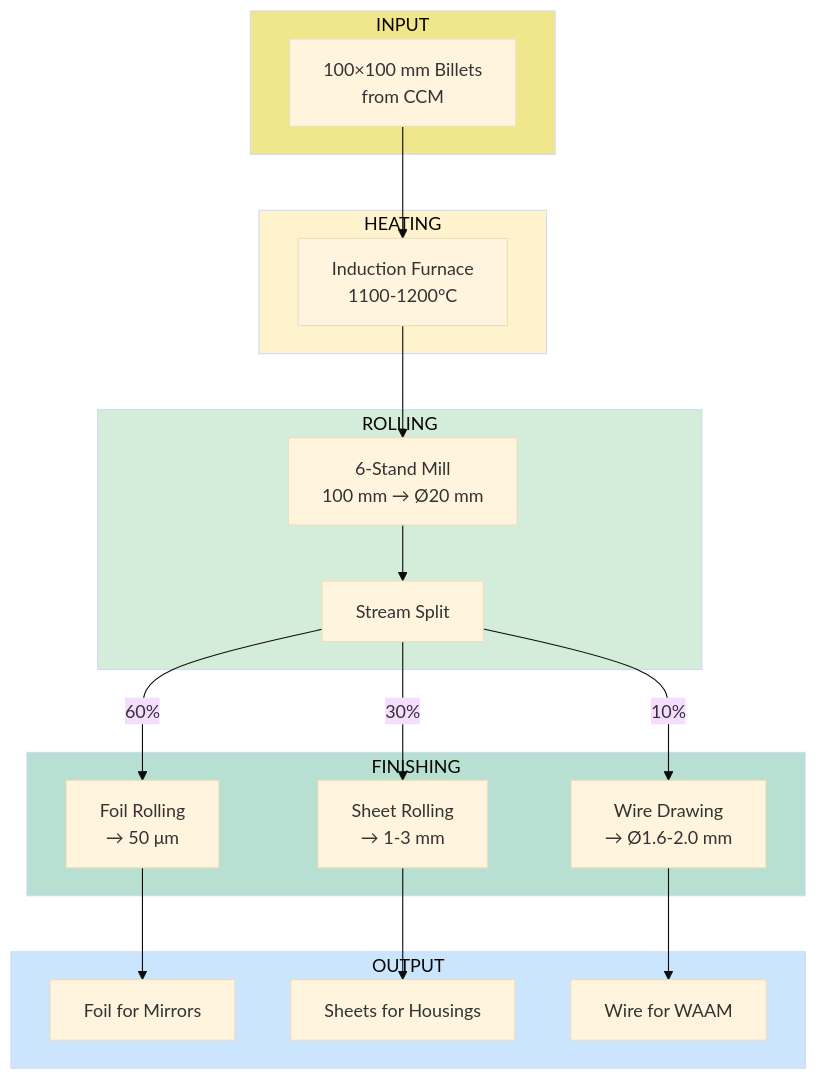
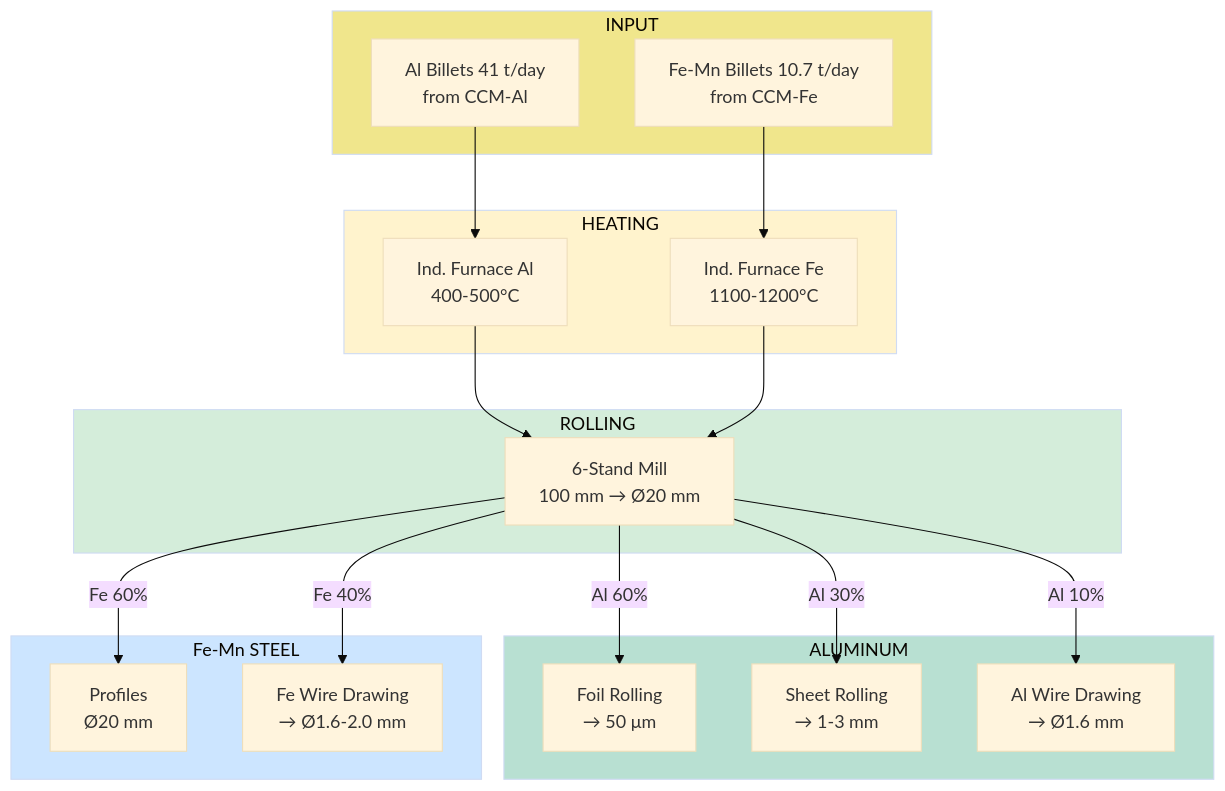
One commit to DmitryNasikanov/infinite-energy changed the diagram in en/science/detailed/production/factories/elements/rolling.qmd. Above: the diagram before and after it, drawn with Mermaid (base theme). The commit also changed other lines of this file and 71 other files, not shown here.

````diff
--- a/en/science/detailed/production/factories/elements/rolling.qmd
+++ b/en/science/detailed/production/factories/elements/rolling.qmd
@@ -23,43 +23,43 @@
 ```{mermaid}
 flowchart TD
     subgraph INPUT["INPUT"]
-        BILLETS["100×100 mm Billets<br/>from CCM"]
+        BILLETS_AL["Al Billets 41 t/day<br/>from CCM-Al"]
+        BILLETS_FE["Fe-Mn Billets 10.7 t/day<br/>from CCM-Fe"]
     end
 
     subgraph HEATING["HEATING"]
-        FURNACE["Induction Furnace<br/>1100-1200°C"]
+        FURNACE_AL["Ind. Furnace Al<br/>400-500°C"]
+        FURNACE_FE["Ind. Furnace Fe<br/>1100-1200°C"]
     end
 
     subgraph ROLLING["ROLLING"]
         MILL["6-Stand Mill<br/>100 mm → Ø20 mm"]
-        SPLIT["Stream Split"]
     end
 
-    subgraph FINISHING["FINISHING"]
+    subgraph AL_FINISH["ALUMINUM"]
         FOIL["Foil Rolling<br/>→ 50 μm"]
         SHEET["Sheet Rolling<br/>→ 1-3 mm"]
-        WIRE["Wire Drawing<br/>→ Ø1.6-2.0 mm"]
+        WIRE_AL["Al Wire Drawing<br/>→ Ø1.6 mm"]
     end
 
-    subgraph OUTPUT["OUTPUT"]
-        FOIL_OUT["Foil for Mirrors"]
-        SHEET_OUT["Sheets for Housings"]
-        WIRE_OUT["Wire for WAAM"]
+    subgraph FE_FINISH["Fe-Mn STEEL"]
+        PROFILE["Profiles<br/>Ø20 mm"]
+        WIRE_FE["Fe Wire Drawing<br/>→ Ø1.6-2.0 mm"]
     end
 
-    BILLETS --> FURNACE
-    FURNACE --> MILL
-    MILL --> SPLIT
-    SPLIT -->|"60%"| FOIL
-    SPLIT -->|"30%"| SHEET
-    SPLIT -->|"10%"| WIRE
-    FOIL --> FOIL_OUT
-    SHEET --> SHEET_OUT
-    WIRE --> WIRE_OUT
+    BILLETS_AL --> FURNACE_AL
+    BILLETS_FE --> FURNACE_FE
+    FURNACE_AL --> MILL
+    FURNACE_FE --> MILL
+    MILL -->|"Al 60%"| FOIL
+    MILL -->|"Al 30%"| SHEET
+    MILL -->|"Al 10%"| WIRE_AL
+    MILL -->|"Fe 60%"| PROFILE
+    MILL -->|"Fe 40%"| WIRE_FE
 
     style INPUT fill:#f0e68c
     style HEATING fill:#fff3cd
     style ROLLING fill:#d4edda
-    style FINISHING fill:#b8e0d2
-    style OUTPUT fill:#cce5ff
+    style AL_FINISH fill:#b8e0d2
+    style FE_FINISH fill:#cce5ff
 ```
````
